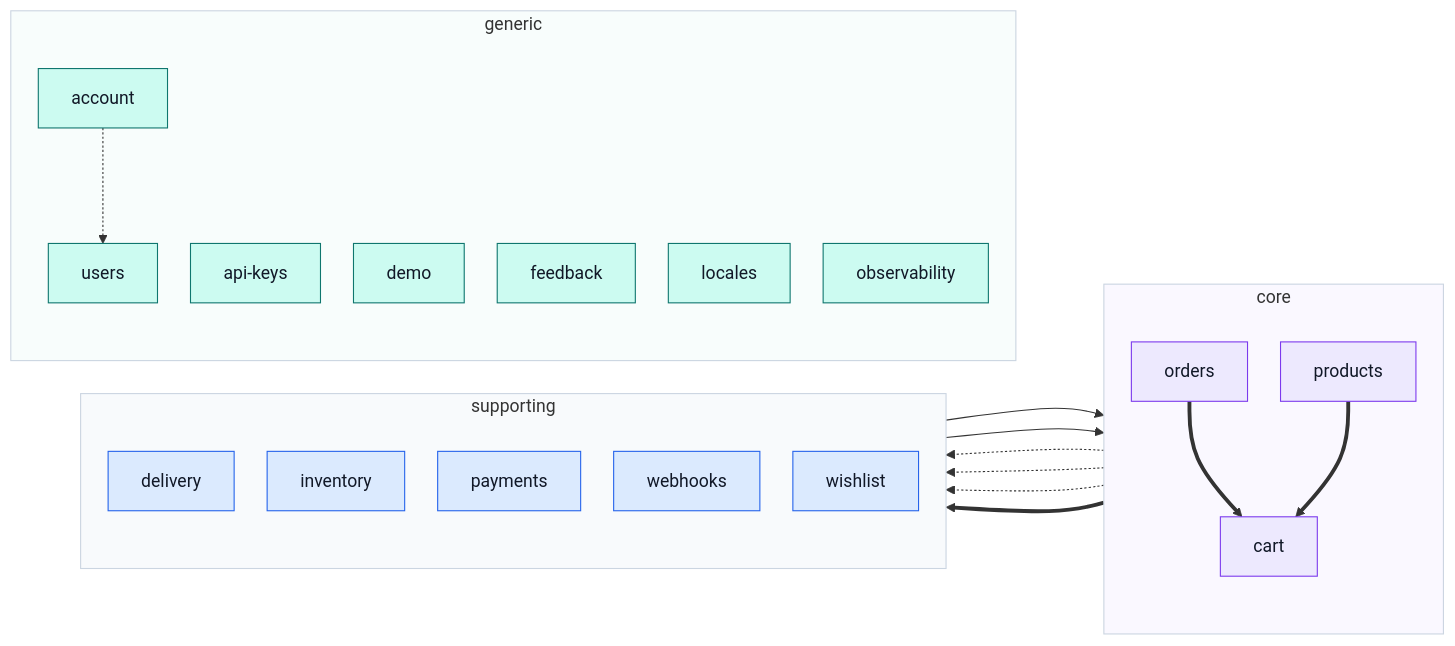
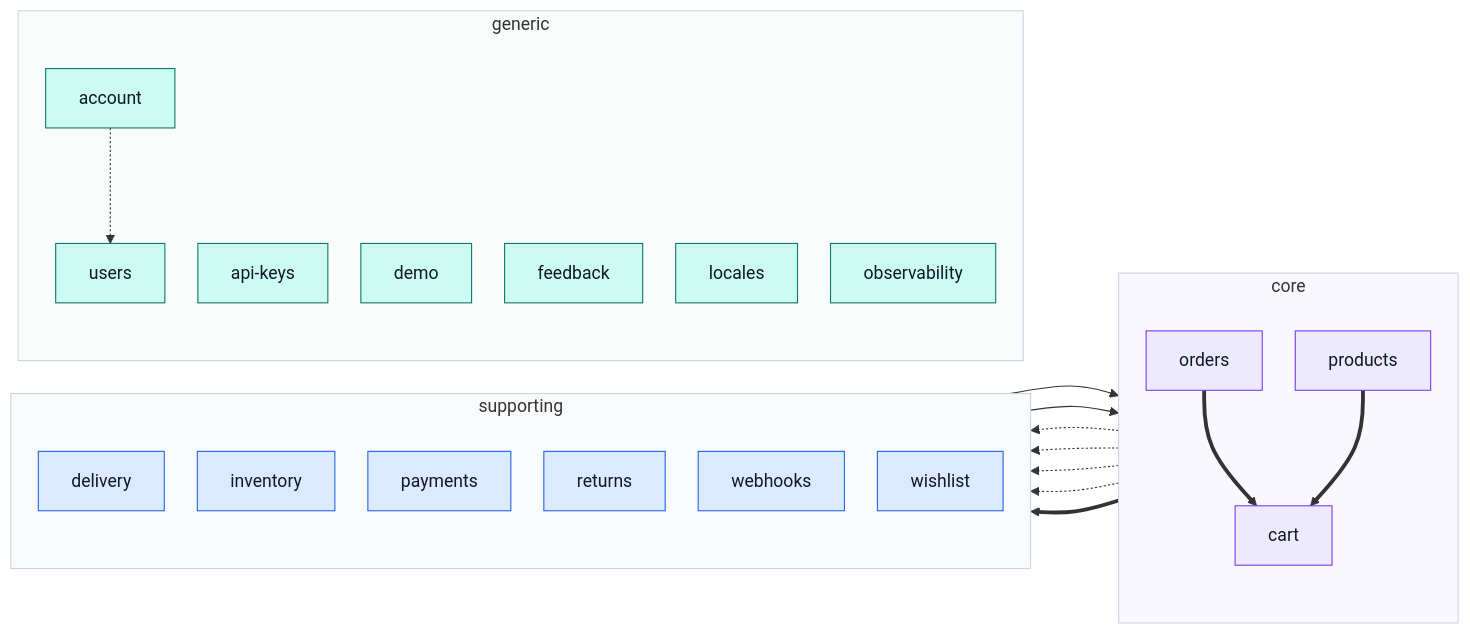
The diagram in docs/modules/index.md (Guebbit/boilerplate-vue-frontend), drawn with Mermaid before and after one commit. The commit also changed other lines of this file and 27 other files, not shown here.

````diff
--- a/docs/modules/index.md
+++ b/docs/modules/index.md
@@ -34,47 +34,49 @@
 ```mermaid
 %%{init: {'flowchart': {'nodeSpacing': 30, 'rankSpacing': 80}}}%%
 flowchart LR
     subgraph CORE["core"]
         direction TB
         cart["cart"]
         orders["orders"]
         products["products"]
     end
     subgraph SUPPORTING["supporting"]
         direction TB
         delivery["delivery"]
         inventory["inventory"]
         payments["payments"]
+        returns["returns"]
         webhooks["webhooks"]
         wishlist["wishlist"]
     end
     subgraph GENERIC["generic"]
         direction TB
         account["account"]
         apiKeys["api-keys"]
         demo["demo"]
         feedback["feedback"]
         locales["locales"]
         observability["observability"]
         users["users"]
     end
     account -.-> users
     cart -.-> delivery
     inventory --> products
     orders ==> cart
     orders -.-> delivery
     orders -.-> payments
+    orders -.-> returns
     products ==> cart
     products ==> wishlist
     wishlist --> cart
 
     classDef core fill:#ede9fe,stroke:#7c3aed,color:#111827;
     classDef supporting fill:#dbeafe,stroke:#2563eb,color:#111827;
     classDef generic fill:#ccfbf1,stroke:#0f766e,color:#111827;
     class cart,orders,products core;
-    class delivery,inventory,payments,webhooks,wishlist supporting;
+    class delivery,inventory,payments,returns,webhooks,wishlist supporting;
     class account,apiKeys,demo,feedback,locales,observability,users generic;
     style CORE fill:#faf8ff,stroke:#cbd5e1
     style SUPPORTING fill:#f8fafc,stroke:#cbd5e1
     style GENERIC fill:#f8fdfc,stroke:#cbd5e1
 ```
````
